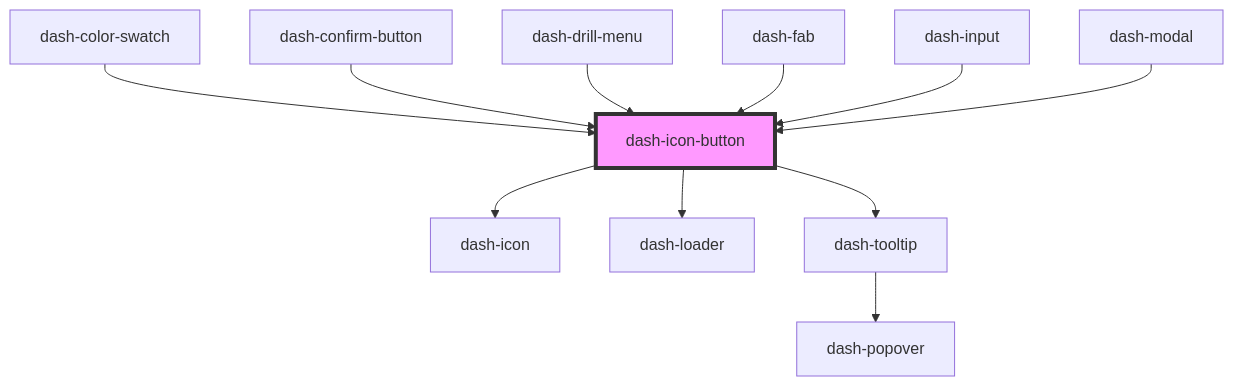
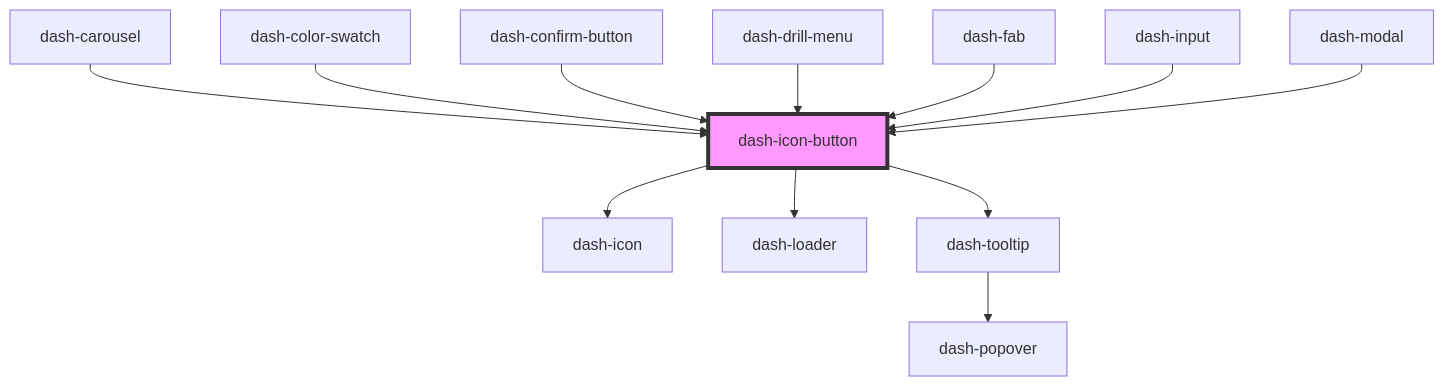
One commit to jmanke/dash changed the diagram in packages/dash-components/src/components/dash-icon-button/readme.md. Above: the diagram before and after it, drawn with Mermaid. The commit also changed other lines of this file and 10 other files, not shown here.

````diff
--- a/packages/dash-components/src/components/dash-icon-button/readme.md
+++ b/packages/dash-components/src/components/dash-icon-button/readme.md
@@ -54,14 +55,15 @@
 ```mermaid
 graph TD;
   dash-icon-button --> dash-icon
   dash-icon-button --> dash-loader
   dash-icon-button --> dash-tooltip
   dash-tooltip --> dash-popover
+  dash-carousel --> dash-icon-button
   dash-color-swatch --> dash-icon-button
   dash-confirm-button --> dash-icon-button
   dash-drill-menu --> dash-icon-button
   dash-fab --> dash-icon-button
   dash-input --> dash-icon-button
   dash-modal --> dash-icon-button
   style dash-icon-button fill:#f9f,stroke:#333,stroke-width:4px
 ```
````
